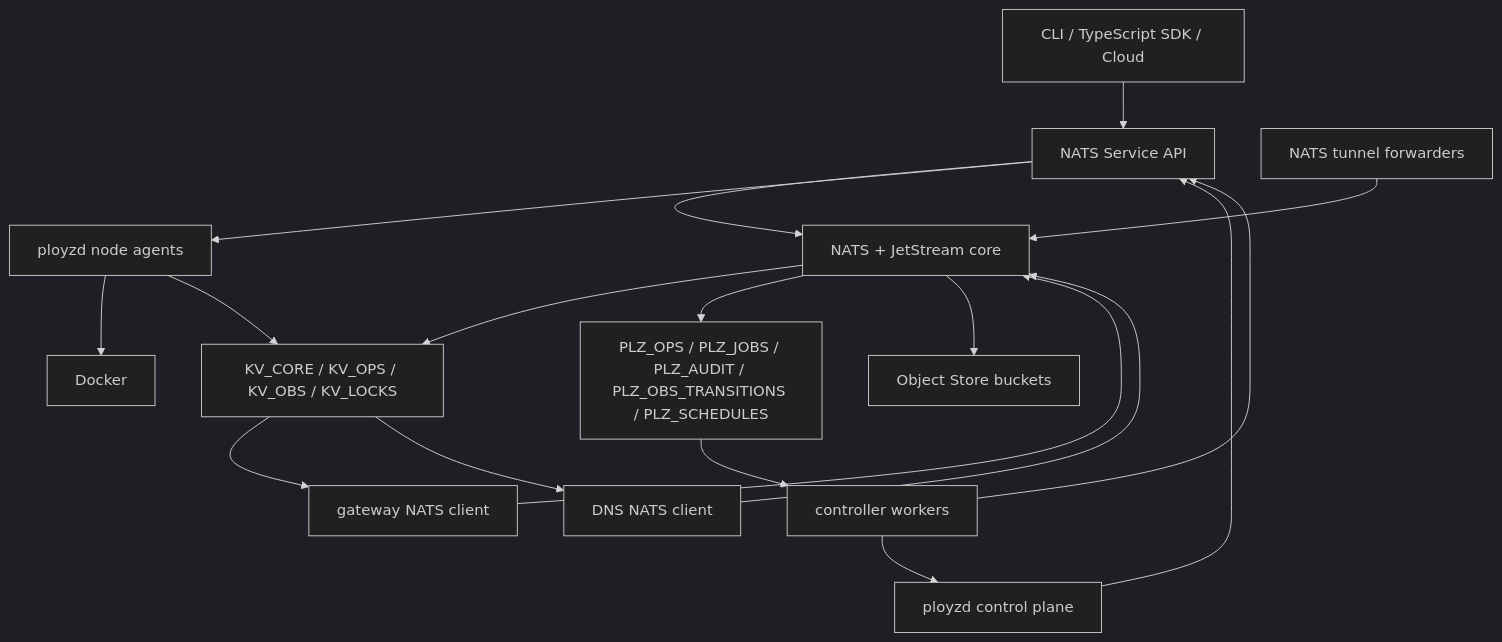
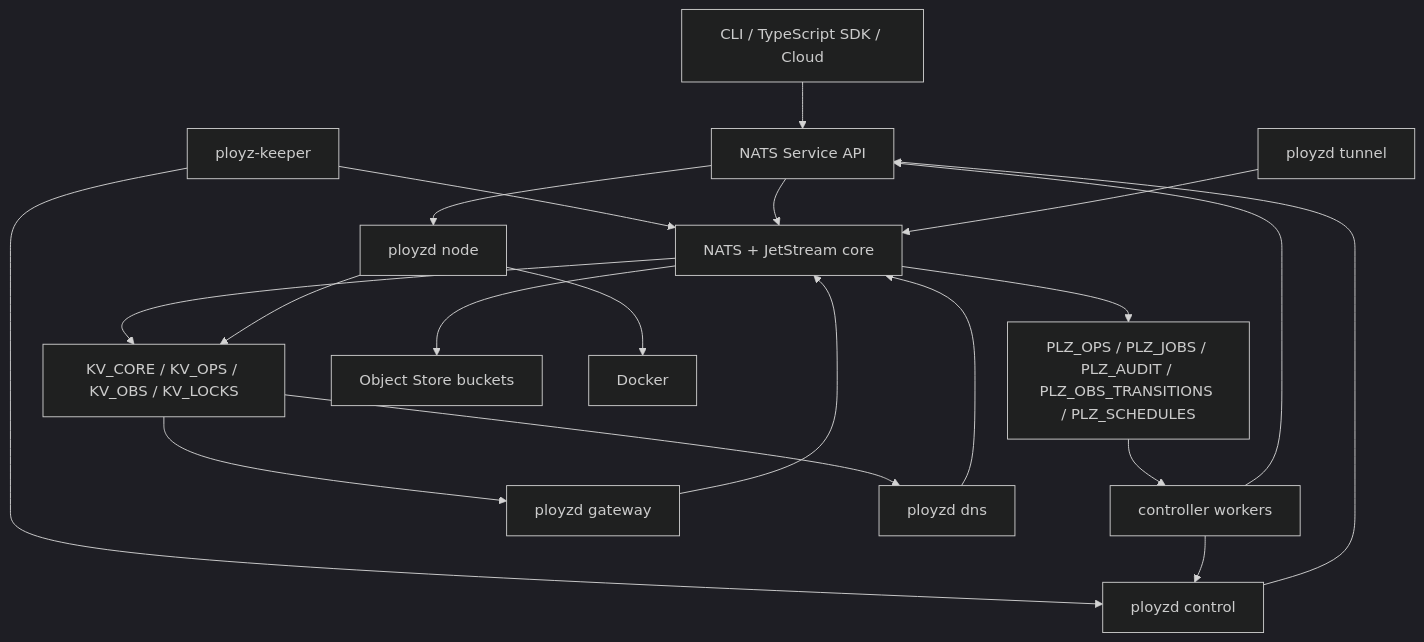
The diagram in docs/plans/2026-06-04-001-refactor-nats-greenfield-control-plane-plan.md (getployz/ployz), drawn with Mermaid (dark theme) before and after one commit. The commit also changed other lines of this file, not shown here.

Commit message:
docs: refine nats reset rollout plan

````diff
--- a/docs/plans/2026-06-04-001-refactor-nats-greenfield-control-plane-plan.md
+++ b/docs/plans/2026-06-04-001-refactor-nats-greenfield-control-plane-plan.md
@@ -365,34 +417,37 @@
 ```mermaid
 flowchart TB
   CLI["CLI / TypeScript SDK / Cloud"]
-  Ployzd["ployzd control plane"]
+  Keeper["ployz-keeper"]
+  PloyzdControl["ployzd control"]
   NATS["NATS + JetStream core"]
   Services["NATS Service API"]
   KV["KV_CORE / KV_OPS / KV_OBS / KV_LOCKS"]
   Streams["PLZ_OPS / PLZ_JOBS / PLZ_AUDIT / PLZ_OBS_TRANSITIONS / PLZ_SCHEDULES"]
   Objects["Object Store buckets"]
   Controllers["controller workers"]
-  Agents["ployzd node agents"]
+  Agents["ployzd node"]
   Docker["Docker"]
-  Gateway["gateway NATS client"]
-  DNS["DNS NATS client"]
-  Tunnel["NATS tunnel forwarders"]
+  Gateway["ployzd gateway"]
+  DNS["ployzd dns"]
+  Tunnel["ployzd tunnel"]
 
   CLI --> Services
-  Ployzd --> Services
+  Keeper --> NATS
+  Keeper --> PloyzdControl
+  PloyzdControl --> Services
   Services --> NATS
   NATS --> KV
   NATS --> Streams
   NATS --> Objects
   Streams --> Controllers
-  Controllers --> Ployzd
+  Controllers --> PloyzdControl
   Controllers --> Services
   Services --> Agents
   Agents --> Docker
   Agents --> KV
   Gateway --> NATS
   DNS --> NATS
   Tunnel --> NATS
   KV --> Gateway
   KV --> DNS
 ```
````
